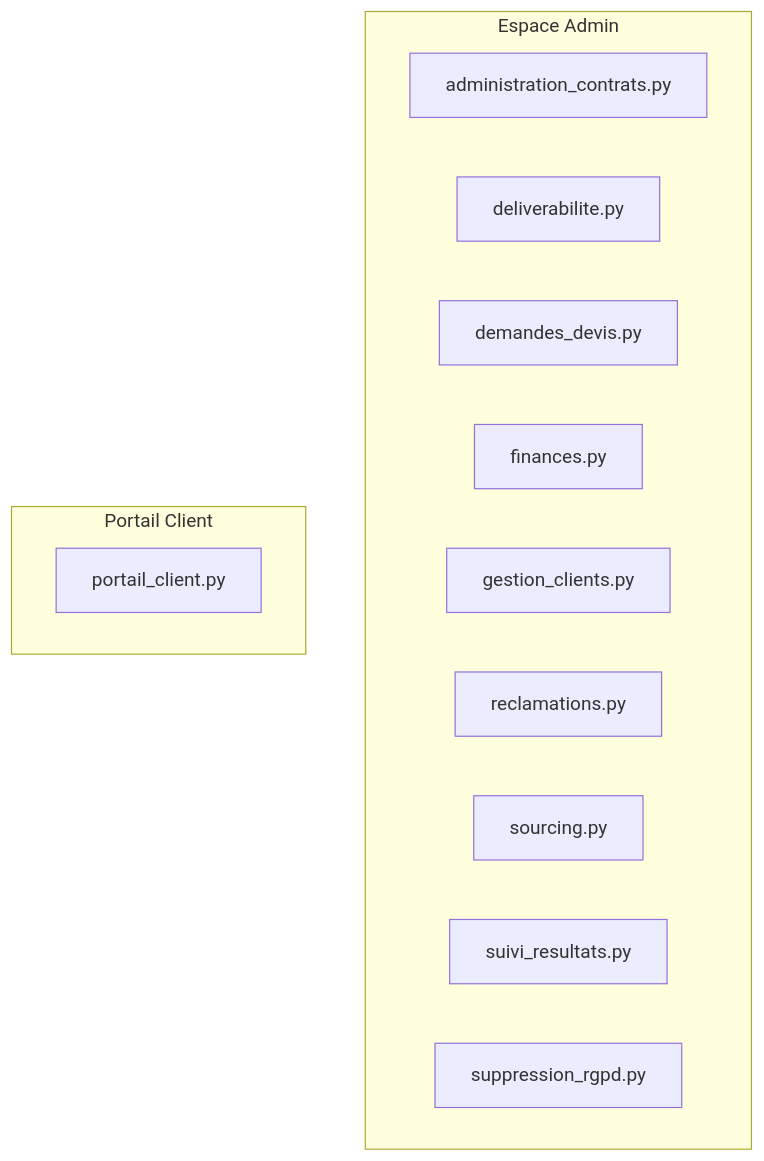
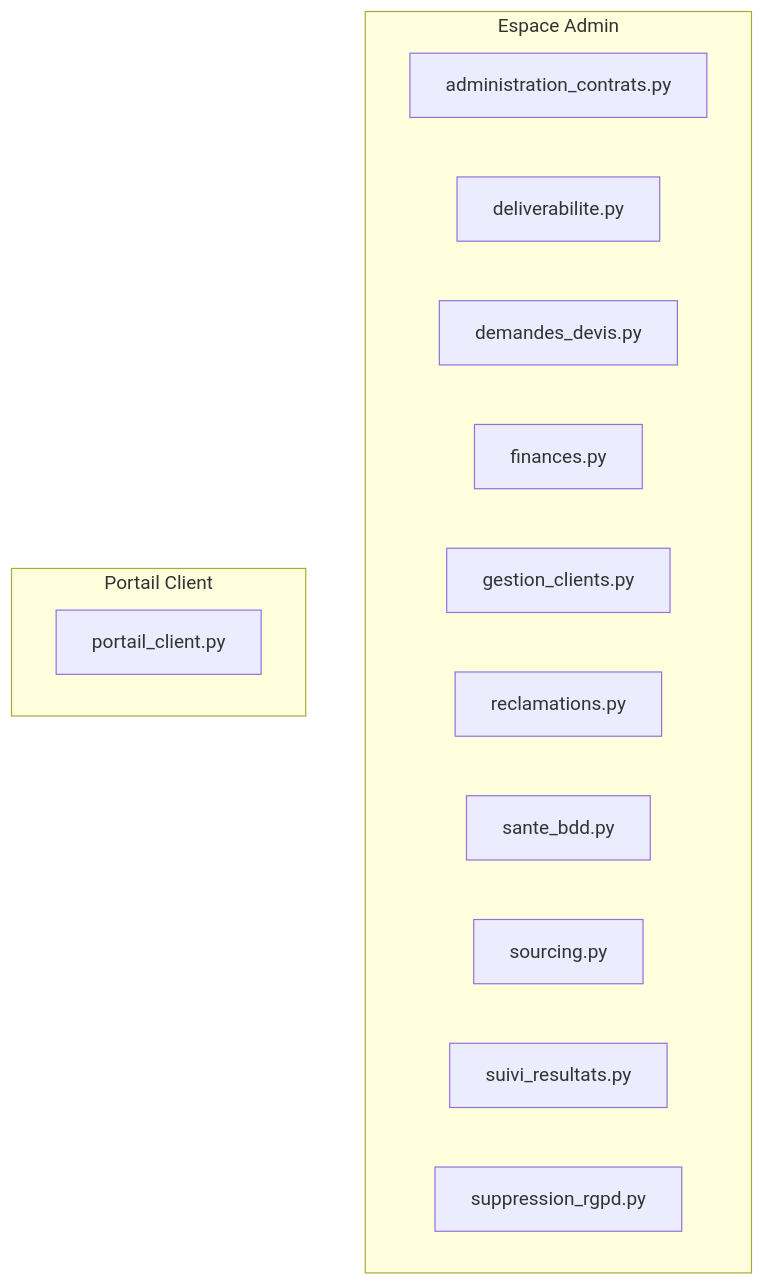
Before and after one commit to contactmonagenceiapro-sudo/leads-creator: the third of 3 diagrams in docs/architecture_globale.md, drawn with Mermaid. The commit also changed other lines of this file and 9 other files, not shown here.

````diff
--- a/docs/architecture_globale.md
+++ b/docs/architecture_globale.md
@@ -360,17 +377,18 @@
 ```mermaid
 flowchart TD
     subgraph ADMIN["Espace Admin"]
         administration_contrats_py["administration_contrats.py"]
         deliverabilite_py["deliverabilite.py"]
         demandes_devis_py["demandes_devis.py"]
         finances_py["finances.py"]
         gestion_clients_py["gestion_clients.py"]
         reclamations_py["reclamations.py"]
+        sante_bdd_py["sante_bdd.py"]
         sourcing_py["sourcing.py"]
         suivi_resultats_py["suivi_resultats.py"]
         suppression_rgpd_py["suppression_rgpd.py"]
     end
     subgraph CLIENT["Portail Client"]
         portail_client_py["portail_client.py"]
     end
 ```
````
